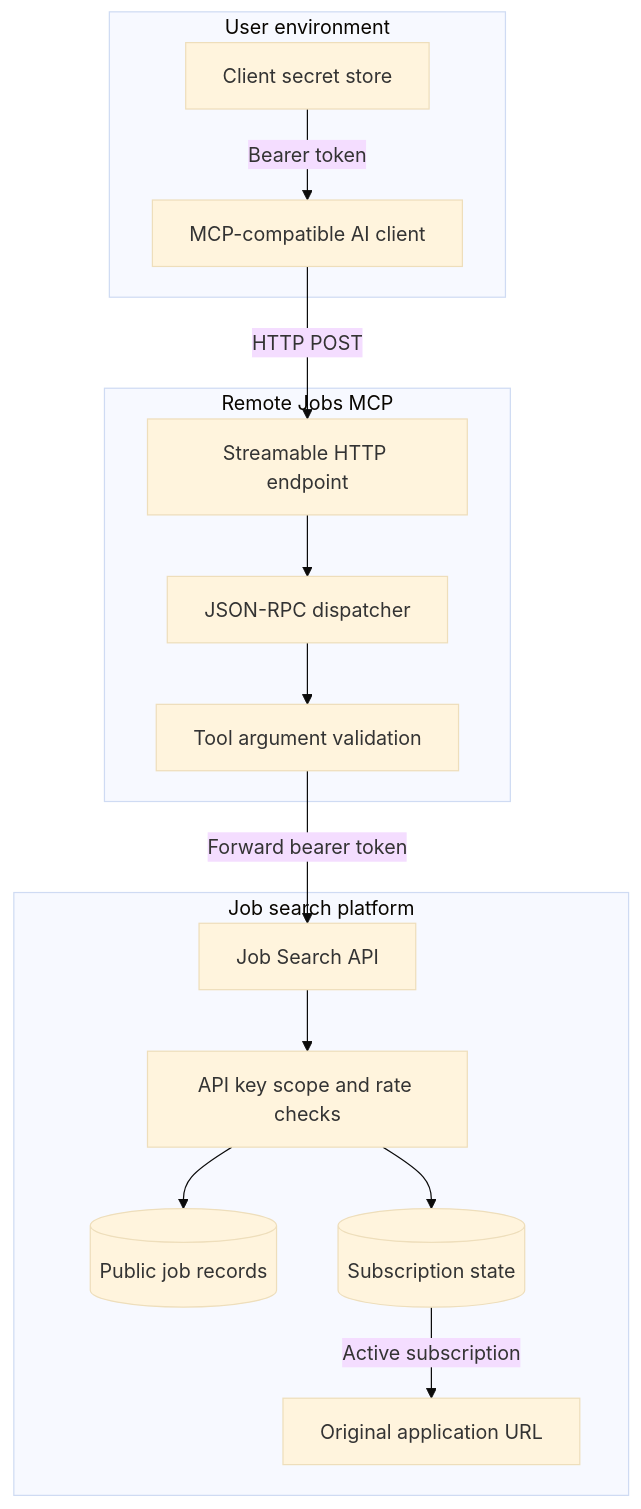
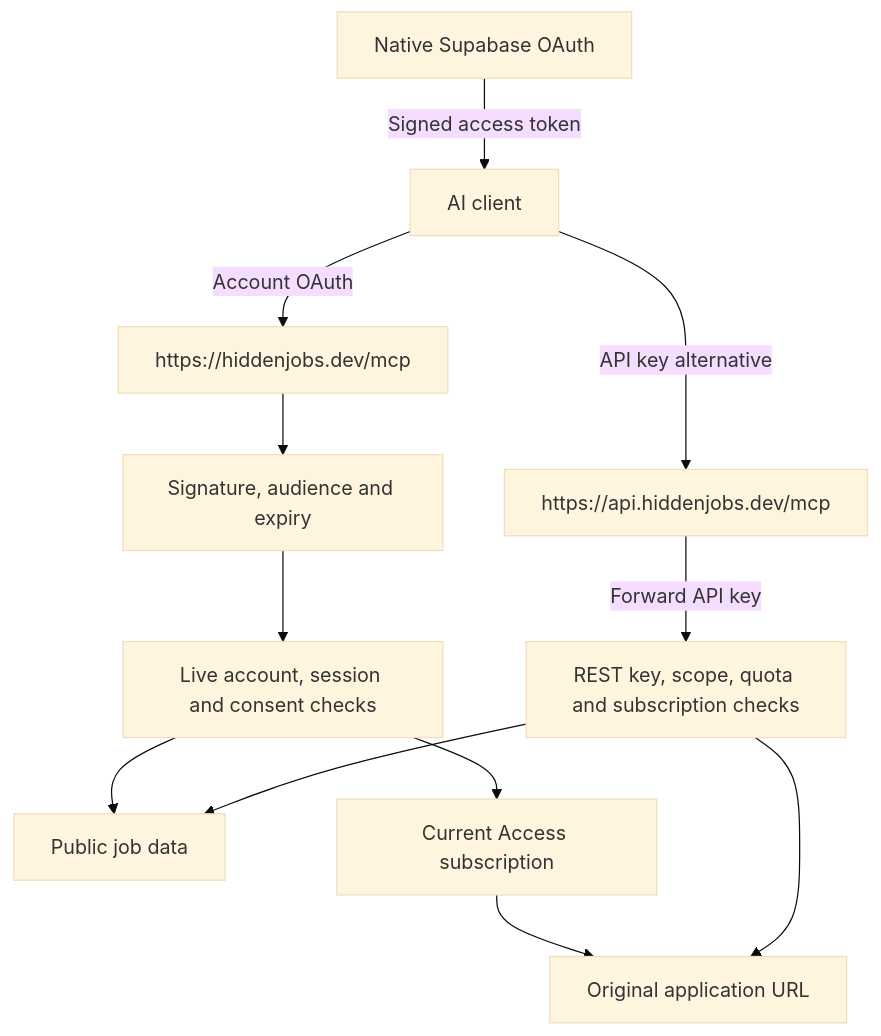
One commit to hiddenjobs/job-search-mcp changed the diagram in docs/architecture.md. Above: the diagram before and after it, drawn with Mermaid (base theme). The commit also changed other lines of this file and 11 other files, not shown here.

Commit message:
Align hosted account OAuth documentation and connection examples

````diff
--- a/docs/architecture.md
+++ b/docs/architecture.md
@@ -5,30 +5,14 @@
 ```mermaid
 flowchart TB
-    subgraph Client[User environment]
-        Agent[MCP-compatible AI client]
-        Secret[Client secret store]
-    end
-
-    subgraph Adapter[Remote Jobs MCP]
-        HTTP[Streamable HTTP endpoint]
-        JSONRPC[JSON-RPC dispatcher]
-        Tools[Tool argument validation]
-    end
-
-    subgraph Platform[Job search platform]
-        REST[Job Search API]
-        Auth[API key scope and rate checks]
-        Jobs[(Public job records)]
-        Billing[(Subscription state)]
-        Source[Original application URL]
-    end
-
-    Secret -->|Bearer token| Agent
-    Agent -->|HTTP POST| HTTP
-    HTTP --> JSONRPC --> Tools
-    Tools -->|Forward bearer token| REST
-    REST --> Auth
-    Auth --> Jobs
-    Auth --> Billing
-    Billing -->|Active subscription| Source
+    AI[AI client] -->|Account OAuth| Account[https://hiddenjobs.dev/mcp]
+    Auth[Native Supabase OAuth] -->|Signed access token| AI
+    Account --> Verify[Signature, audience and expiry]
+    Verify --> Live[Live account, session and consent checks]
+    Live --> Jobs[Public job data]
+    Live --> Access[Current Access subscription]
+    Access --> Link[Original application URL]
+    AI -->|API key alternative| Adapter[https://api.hiddenjobs.dev/mcp]
+    Adapter -->|Forward API key| REST[REST key, scope, quota and subscription checks]
+    REST --> Jobs
+    REST --> Link
 ```
````
